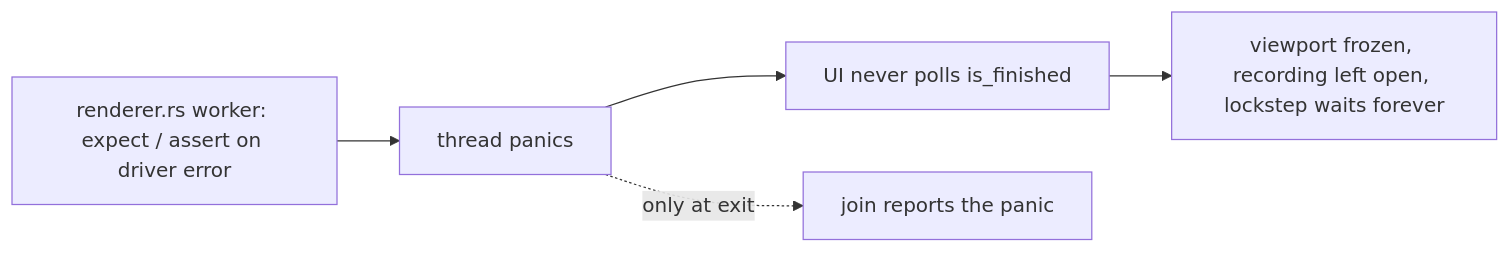
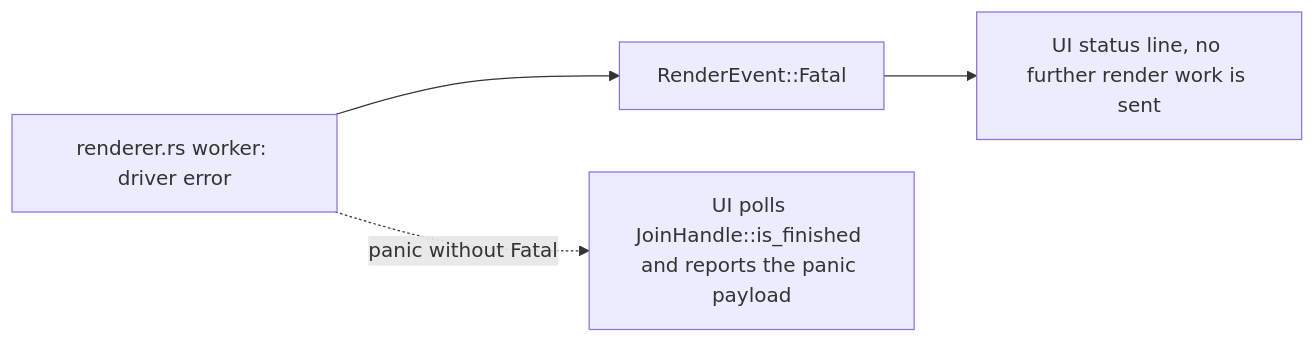
The eighth of 8 diagrams in DIAGRAMS.md (ssoj13/nv-rs), drawn with Mermaid before and after one commit. The commit also changed other lines of this file and 9 other files, not shown here.

````diff
--- a/DIAGRAMS.md
+++ b/DIAGRAMS.md
@@ -150,7 +156,6 @@
 ```mermaid
 flowchart LR
-    R[renderer.rs worker: expect / assert on driver error] --> D[thread panics]
-    D --> U[UI never polls is_finished]
-    U --> F[viewport frozen, recording left open, lockstep waits forever]
-    D -. only at exit .-> J[join reports the panic]
+    R[renderer.rs worker: driver error] --> F[RenderEvent::Fatal]
+    F --> U[UI status line, no further render work is sent]
+    R -. panic without Fatal .-> J[UI polls JoinHandle::is_finished and reports the panic payload]
 ```
````
